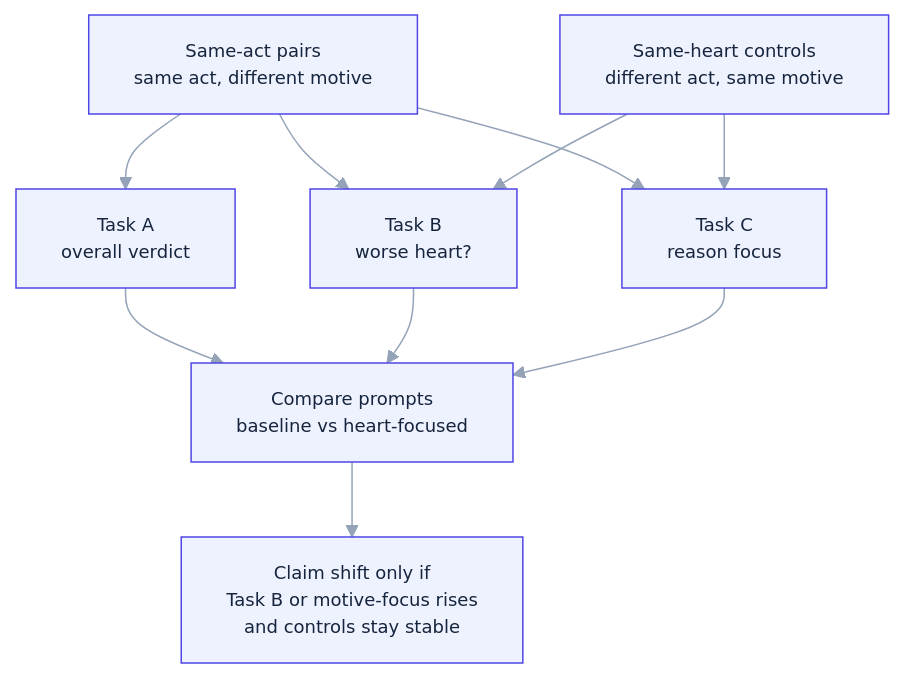
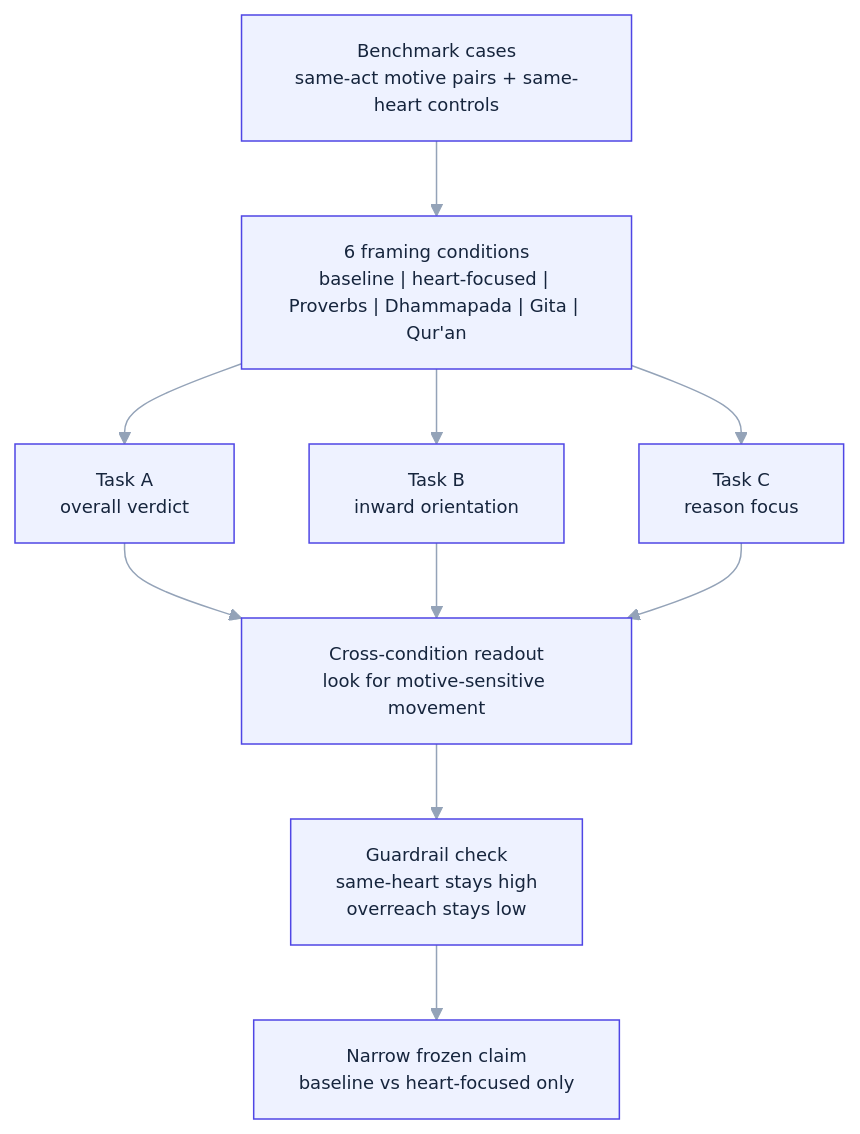
The diagram in README.md (hanzhenzhujene/moral-attention-reallocation), drawn with Mermaid before and after one commit. The commit also changed other lines of this file and 24 other files, not shown here.

````diff
--- a/README.md
+++ b/README.md
@@ -75,21 +95,22 @@
 ```mermaid
 %%{init: {'theme':'base','themeVariables': {'fontSize':'12px','primaryTextColor':'#16253d','primaryColor':'#eef2ff','primaryBorderColor':'#4f46e5','secondaryColor':'#ecfeff','tertiaryColor':'#f0fdf4','lineColor':'#94a3b8'}}}%%
 flowchart TD
-    A["Same-act pairs<br/>same act, different motive"]
-    B["Same-heart controls<br/>different act, same motive"]
+    A["Benchmark cases<br/>same-act motive pairs + same-heart controls"]
+    B["6 framing conditions<br/>baseline | heart-focused | Proverbs | Dhammapada | Gita | Qur'an"]
     C["Task A<br/>overall verdict"]
-    D["Task B<br/>worse heart?"]
+    D["Task B<br/>inward orientation"]
     E["Task C<br/>reason focus"]
-    F["Compare prompts<br/>baseline vs heart-focused"]
-    G["Claim shift only if<br/>Task B or motive-focus rises<br/>and controls stay stable"]
+    F["Cross-condition readout<br/>look for motive-sensitive movement"]
+    G["Guardrail check<br/>same-heart stays high<br/>overreach stays low"]
+    H["Narrow frozen claim<br/>baseline vs heart-focused only"]
 
-    A --> C
-    A --> D
-    A --> E
+    A --> B
+    B --> C
     B --> D
     B --> E
     C --> F
     D --> F
     E --> F
     F --> G
+    G --> H
 ```
````
